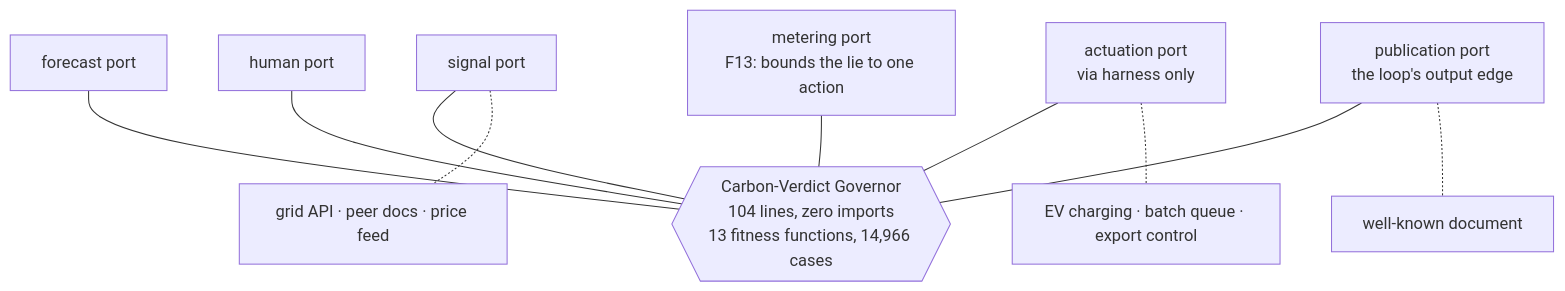
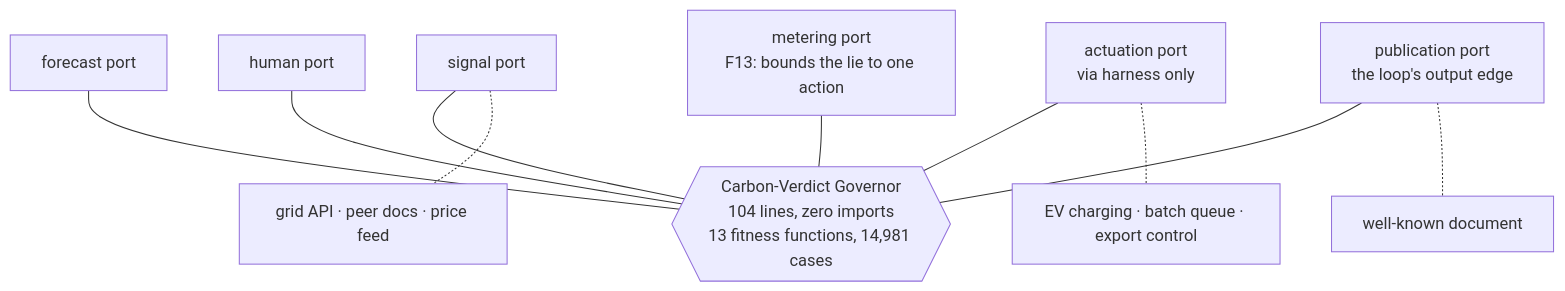
Before and after one commit to andreibesleaga/sustainability-loop-eval: the second of 2 diagrams in docs/EXECUTIVE-CASE.md, drawn with Mermaid. The commit also changed other lines of this file and 45 other files, not shown here.

````diff
--- a/docs/EXECUTIVE-CASE.md
+++ b/docs/EXECUTIVE-CASE.md
@@ -38,13 +38,13 @@
 ```mermaid
 flowchart TB
-    CORE{{Carbon-Verdict Governor<br/>104 lines, zero imports<br/>13 fitness functions, 14,966 cases}}
+    CORE{{Carbon-Verdict Governor<br/>104 lines, zero imports<br/>13 fitness functions, 14,981 cases}}
     S[signal port] --- CORE
     F[forecast port] --- CORE
     H[human port] --- CORE
     ACT[actuation port<br/>via harness only] --- CORE
     MET[metering port<br/>F13: bounds the lie to one action] --- CORE
     PUB[publication port<br/>the loop's output edge] --- CORE
     S -.- A1[grid API · peer docs · price feed]
     ACT -.- A2[EV charging · batch queue · export control]
     PUB -.- A3[well-known document]
 ```
````
